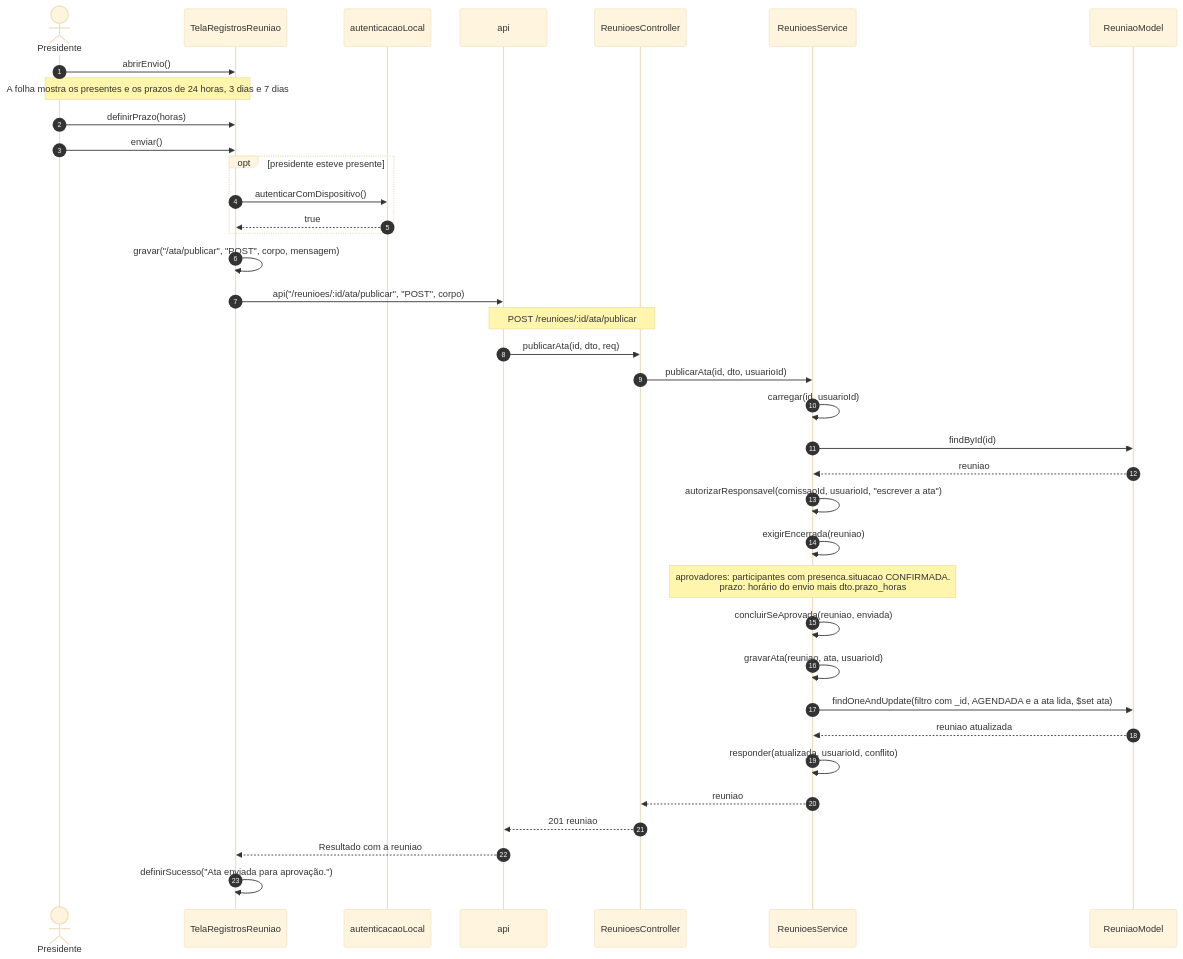
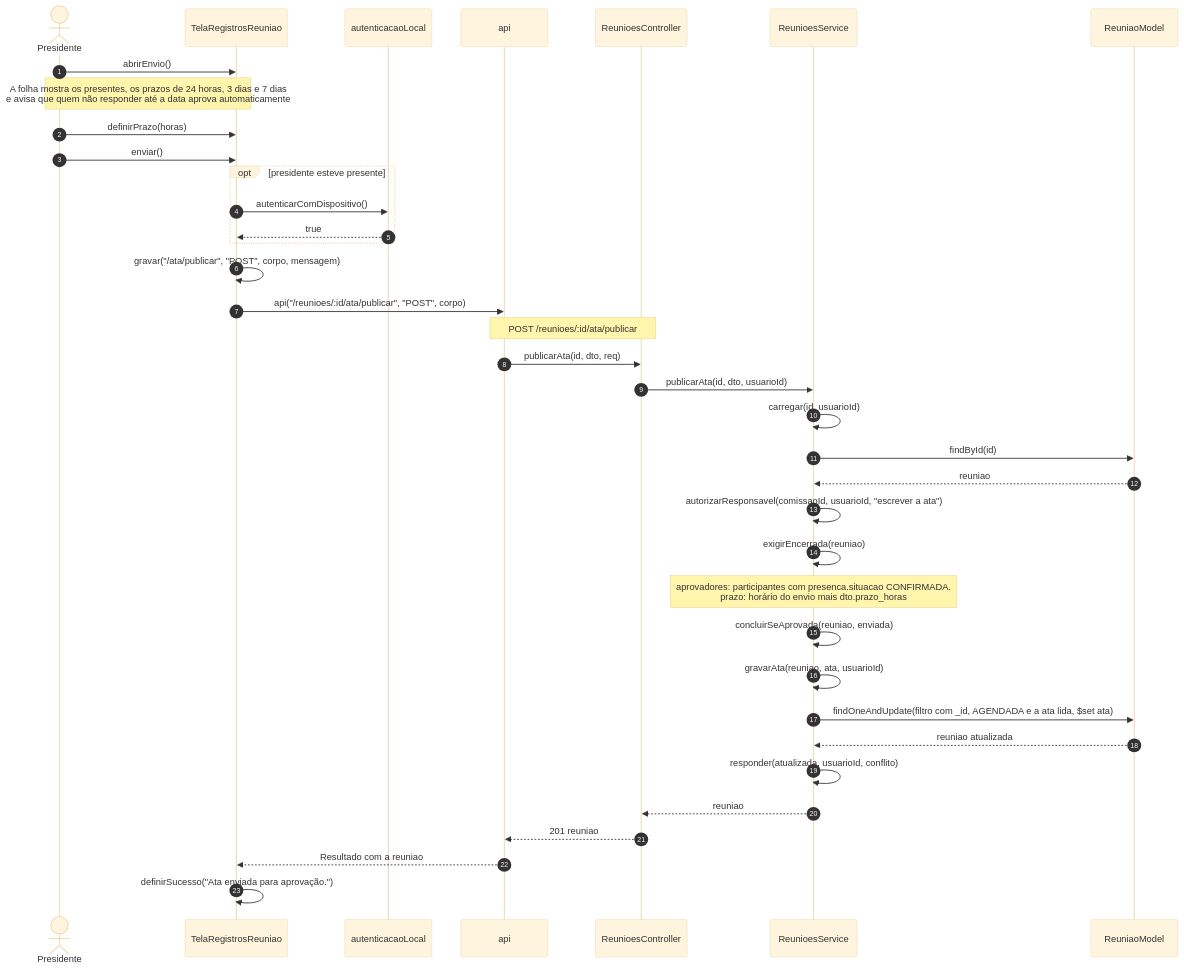
Before and after one commit to Conecta-IFSP/DOCUMENTATION: the second of 9 diagrams in 4 - Incremento3/atas/6 - diagramas-sequencia-atas.md, drawn with Mermaid (base theme). The commit also changed other lines of this file and 9 other files, not shown here.

````diff
--- a/4 - Incremento3/atas/6 - diagramas-sequencia-atas.md
+++ b/4 - Incremento3/atas/6 - diagramas-sequencia-atas.md
@@ -54,39 +54,39 @@
 ```mermaid
 sequenceDiagram
     autonumber
     actor U as Presidente
     participant T as TelaRegistrosReuniao
     participant L as autenticacaoLocal
     participant A as api
     participant C as ReunioesController
     participant S as ReunioesService
     participant M as ReuniaoModel
     U->>T: abrirEnvio()
-    Note over U,T: A folha mostra os presentes e os prazos de 24 horas, 3 dias e 7 dias
+    Note over U,T: A folha mostra os presentes, os prazos de 24 horas, 3 dias e 7 dias<br/>e avisa que quem não responder até a data aprova automaticamente
     U->>T: definirPrazo(horas)
     U->>T: enviar()
     opt presidente esteve presente
         T->>L: autenticarComDispositivo()
         L-->>T: true
     end
     T->>T: gravar("/ata/publicar", "POST", corpo, mensagem)
     T->>A: api("/reunioes/:id/ata/publicar", "POST", corpo)
     Note over A,C: POST /reunioes/:id/ata/publicar
     A->>C: publicarAta(id, dto, req)
     C->>S: publicarAta(id, dto, usuarioId)
     S->>S: carregar(id, usuarioId)
     S->>M: findById(id)
     M-->>S: reuniao
     S->>S: autorizarResponsavel(comissaoId, usuarioId, "escrever a ata")
     S->>S: exigirEncerrada(reuniao)
     Note over S: aprovadores: participantes com presenca.situacao CONFIRMADA.<br/>prazo: horário do envio mais dto.prazo_horas
     S->>S: concluirSeAprovada(reuniao, enviada)
     S->>S: gravarAta(reuniao, ata, usuarioId)
     S->>M: findOneAndUpdate(filtro com _id, AGENDADA e a ata lida, $set ata)
     M-->>S: reuniao atualizada
     S->>S: responder(atualizada, usuarioId, conflito)
     S-->>C: reuniao
     C-->>A: 201 reuniao
     A-->>T: Resultado com a reuniao
     T->>T: definirSucesso("Ata enviada para aprovação.")
 ```
````
